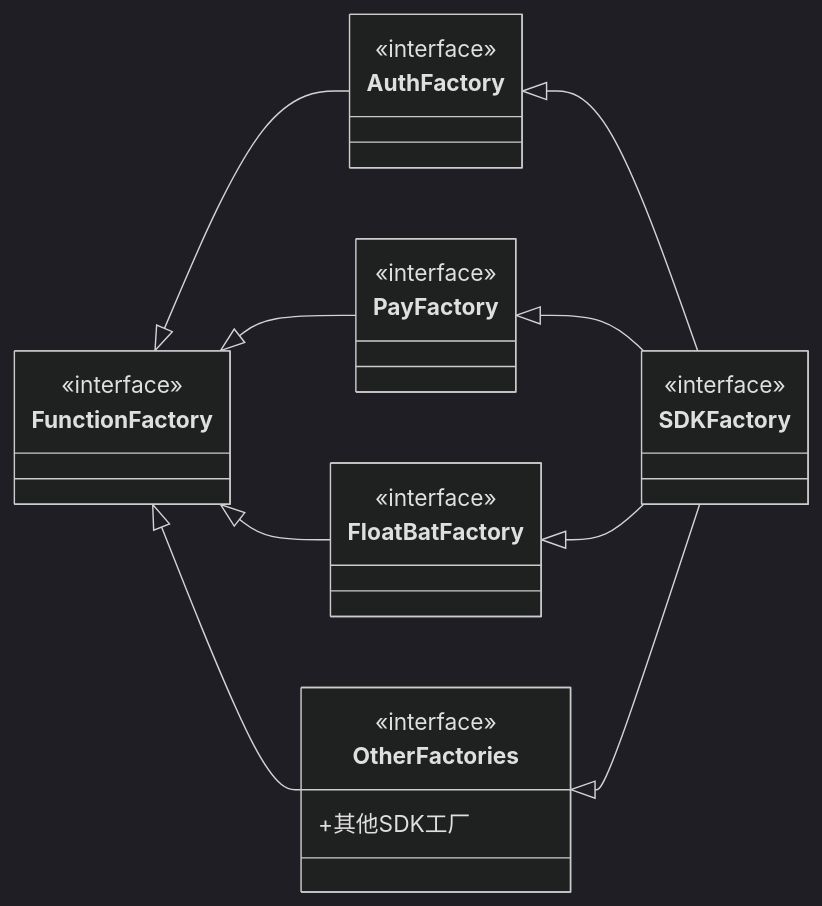
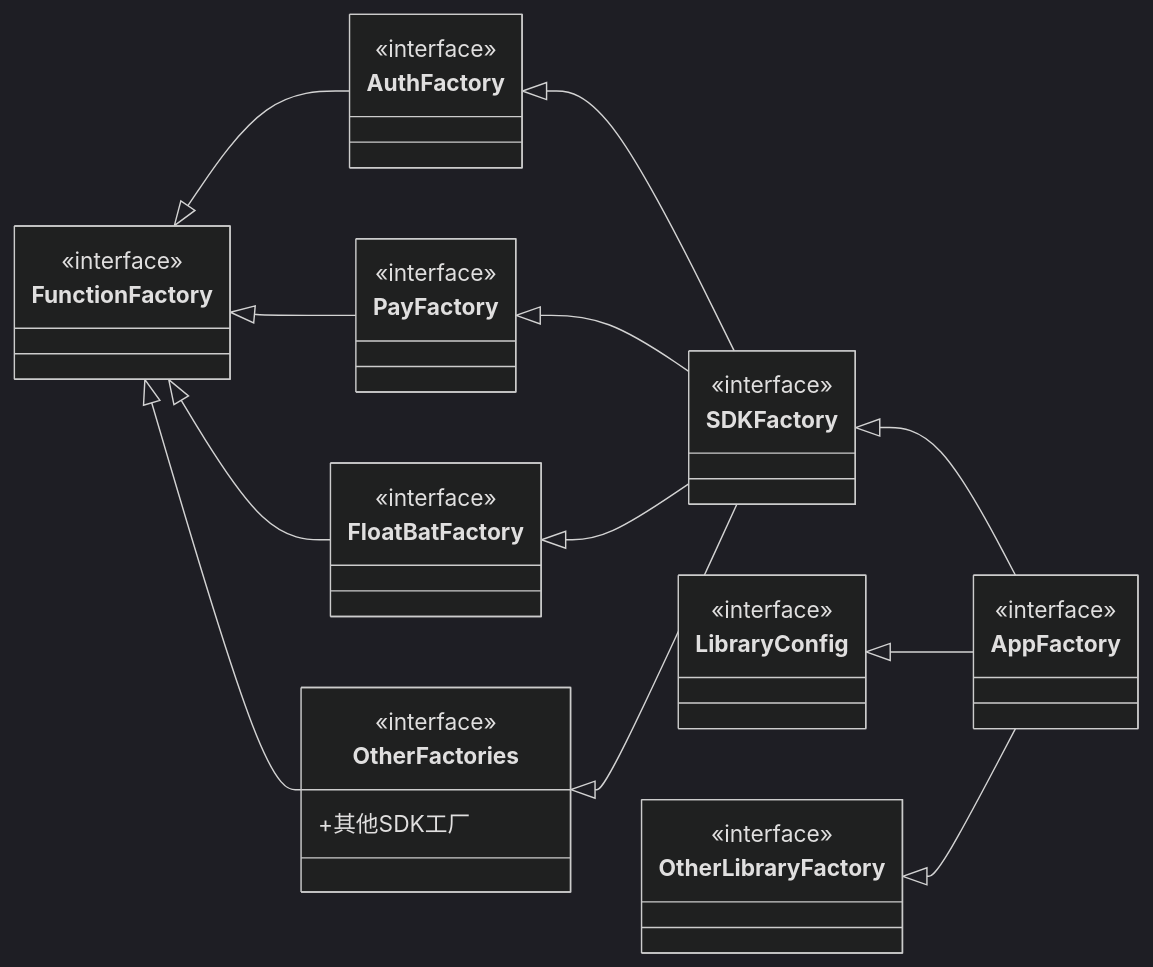
Before and after one commit to CrazyLeoJay/notes: the diagram in docs/android/sdk/design.md, drawn with Mermaid (dark theme). The commit also changed other lines of this file, not shown here.

````diff
--- a/docs/android/sdk/design.md
+++ b/docs/android/sdk/design.md
@@ -92,28 +143,38 @@
 ```mermaid
 classDiagram
 	direction LR
 	
     FunctionFactory <|-- AuthFactory
     FunctionFactory <|-- PayFactory
     FunctionFactory <|-- FloatBatFactory
     FunctionFactory <|-- OtherFactories
     
     AuthFactory <|-- SDKFactory
     PayFactory <|-- SDKFactory
     FloatBatFactory <|-- SDKFactory
     OtherFactories <|-- SDKFactory
     
+    SDKFactory <|-- AppFactory
+    LibraryConfig <|-- AppFactory
+    OtherLibraryFactory <|-- AppFactory
+    
     class SDKFactory{
 		<<interface>>
 	}
+	class AppFactory { <<interface>> }
 	class FunctionFactory { <<interface>> }
 	class AuthFactory { 
 		<<interface>>
     }
 	class PayFactory { <<interface>> }
 	class FloatBatFactory { <<interface>> }
 	class OtherFactories { <<interface>> }
 	
+	class LibraryConfig{
+    	<<interface>>
+    }
+    class OtherLibraryFactory { <<interface>> }
+	
     OtherFactories : +其他SDK工厂
     
 ```
````
